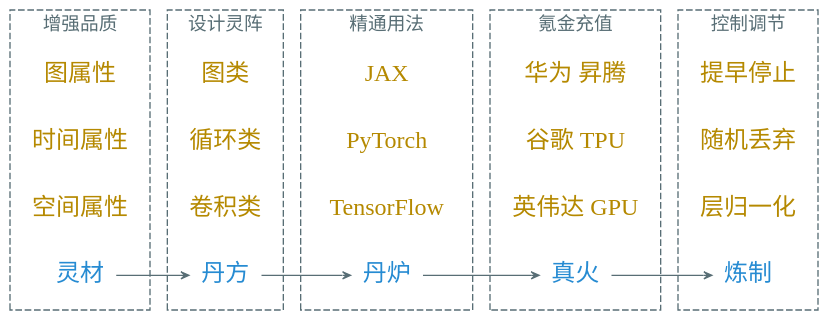
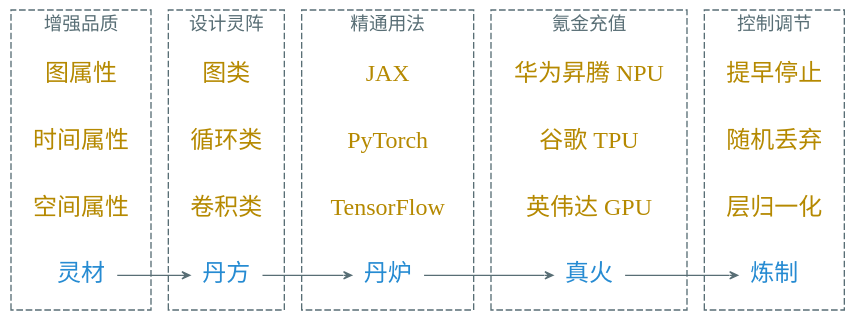
The diagram in dot/alchemy.dot (Avanti1980/course-ml), drawn with Graphviz before and after one commit. The commit also changed 311 other files, not shown here.

```diff
--- a/dot/alchemy.dot
+++ b/dot/alchemy.dot
@@ -1,79 +1,79 @@
 digraph g {
     bgcolor=transparent
     graph [nodesep=0.2, ranksep=0.4]
     rankdir=LR
     node [shape=plaintext, color="#586e75", fontname="Ysabeau, LXGWSong", fontcolor="#b58900", fontsize=18]
     edge [arrowhead=vee, color="#586e75", fontname="Ysabeau, LXGWSong", fontcolor="#268bd2", fontsize=14, arrowsize=0.6]
 
     subgraph cluster_1 {
         color="#586e75"
         fontcolor="#586e75"
         style="dashed"
         fontname="Ysabeau, LXGWSong"
         label="增强品质"
 
         图属性 时间属性 空间属性
 
         node [fontcolor="#268bd2"]
 
         灵材
     }
 
     subgraph cluster_2 {
         color="#586e75"
         fontcolor="#586e75"
         style="dashed"
         fontname="Ysabeau, LXGWSong"
         label="设计灵阵"
 
         图类 循环类 卷积类
 
         node [fontcolor="#268bd2"]
 
         丹方
     }
 
     subgraph cluster_3 {
         color="#586e75"
         fontcolor="#586e75"
         style="dashed"
         fontname="Ysabeau, LXGWSong"
         label="精通用法"
 
         JAX PyTorch TensorFlow
 
         node [fontcolor="#268bd2"]
 
         丹炉
     }
 
     subgraph cluster_4 {
         color="#586e75"
         fontcolor="#586e75"
         style="dashed"
         fontname="Ysabeau, LXGWSong"
         label="氪金充值"
 
-        "华为 昇腾" "谷歌 TPU" "英伟达 GPU"
+        "华为昇腾 NPU" "谷歌 TPU" "英伟达 GPU"
 
         node [fontcolor="#268bd2"]
 
         真火
     }
 
     subgraph cluster_5 {
         color="#586e75"
         fontcolor="#586e75"
         style="dashed"
         fontname="Ysabeau, LXGWSong"
         label="控制调节"
 
         提早停止 随机丢弃 层归一化
 
         node [fontcolor="#268bd2"]
 
         炼制
     }
 
     灵材 -> 丹方 -> 丹炉 -> 真火 -> 炼制
 }
```
